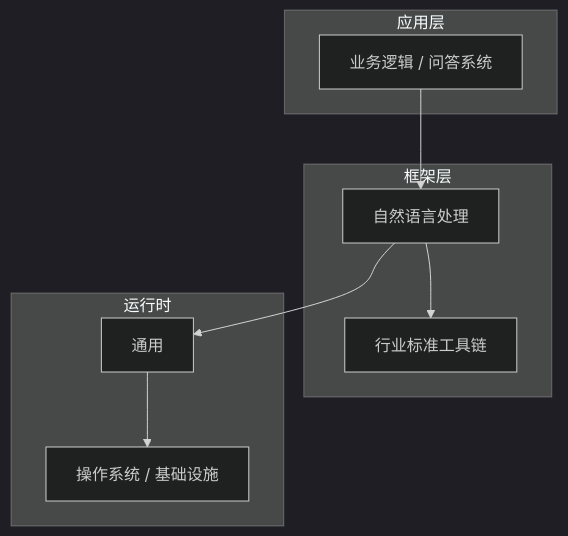
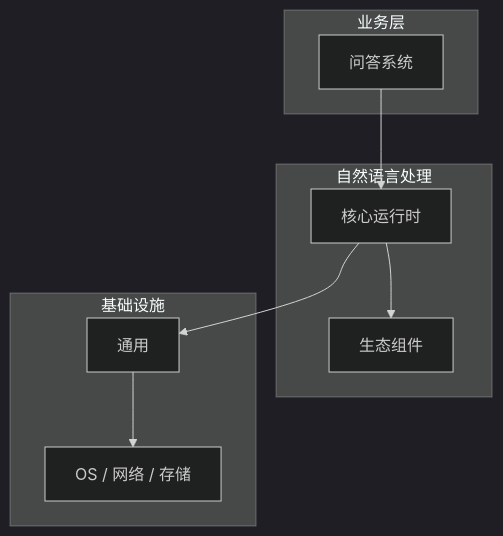
Before and after one commit to yanggan2015/knowledge-json-v2: the diagram in articles/自然语言处理/chapters/076-问答系统核心概念与原理.md, drawn with Mermaid (dark theme). The commit also changed other lines of this file and 10127 other files, not shown here.

````diff
--- a/articles/自然语言处理/chapters/076-问答系统核心概念与原理.md
+++ b/articles/自然语言处理/chapters/076-问答系统核心概念与原理.md
@@ -45,18 +30,18 @@
 ```mermaid
 graph TB
-    subgraph 应用层
-        A[业务逻辑 / 问答系统]
+    subgraph 业务层
+        A[问答系统]
     end
-    subgraph 框架层
-        B[自然语言处理]
-        C[行业标准工具链]
+    subgraph 自然语言处理
+        B[核心运行时]
+        C[生态组件]
     end
-    subgraph 运行时
+    subgraph 基础设施
         D[通用]
-        E[操作系统 / 基础设施]
+        E[OS / 网络 / 存储]
     end
     A --> B
     B --> C
     B --> D
     D --> E
 ```
````
